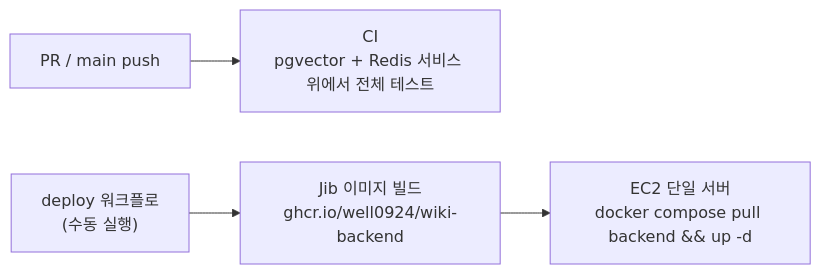
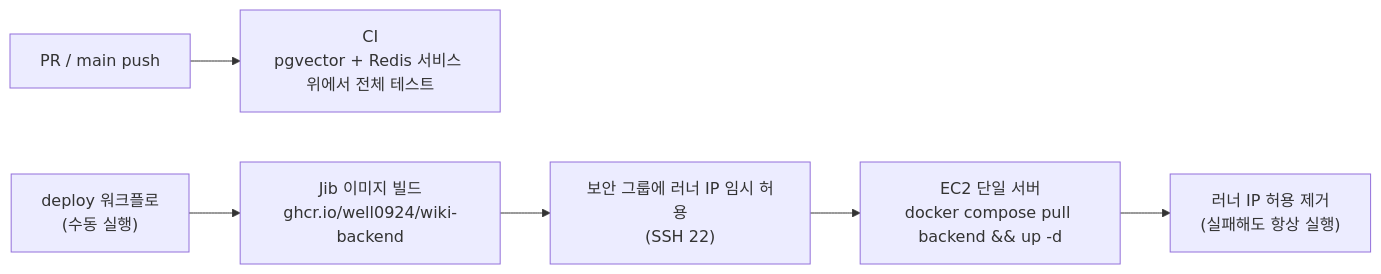
Before and after one commit to well0924/rag_wiki_project_backend: the seventh of 7 diagrams in README.md, drawn with Mermaid. The commit also changed other lines of this file, not shown here.

````diff
--- a/README.md
+++ b/README.md
@@ -367,6 +418,8 @@
 ```mermaid
 flowchart LR
     PR["PR / main push"] --> CI["CI<br/>pgvector + Redis 서비스 위에서 전체 테스트"]
     D["deploy 워크플로<br/>(수동 실행)"] --> JIB["Jib 이미지 빌드<br/>ghcr.io/well0924/wiki-backend"]
-    JIB --> EC2["EC2 단일 서버<br/>docker compose pull backend && up -d"]
+    JIB --> OPEN["보안 그룹에 러너 IP 임시 허용<br/>(SSH 22)"]
+    OPEN --> EC2["EC2 단일 서버<br/>docker compose pull backend && up -d"]
+    EC2 --> CLOSE["러너 IP 허용 제거<br/>(실패해도 항상 실행)"]
 ```
````
